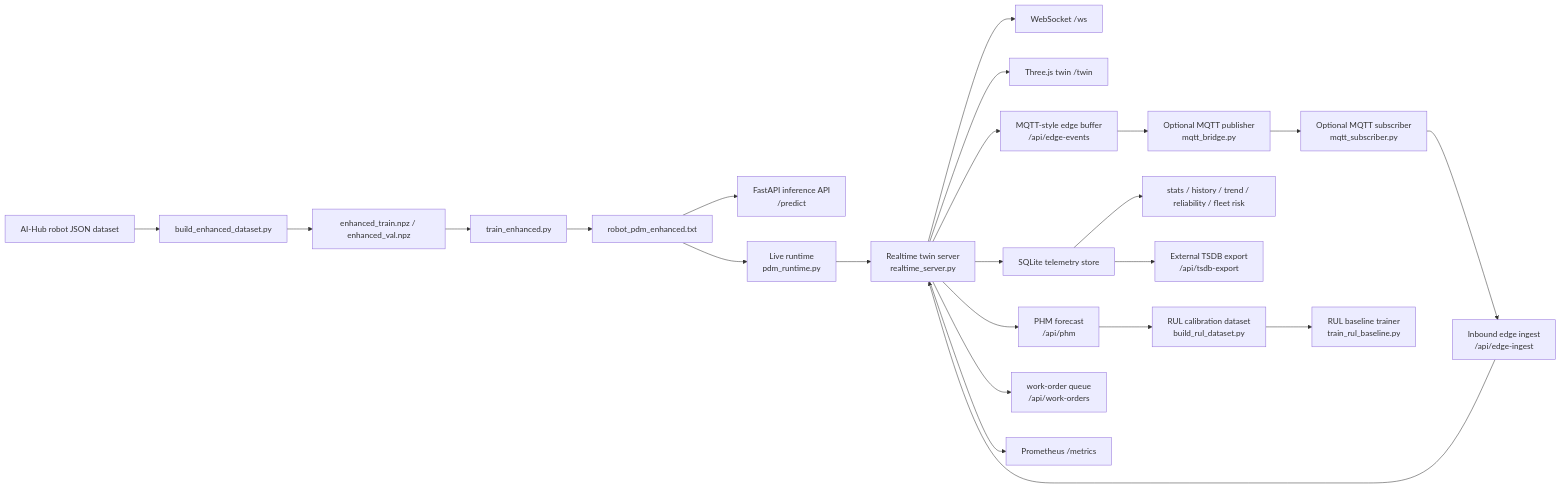
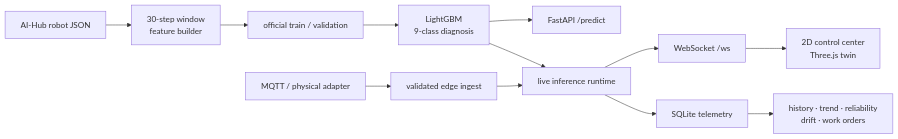
The diagram in README.md (JuHyeon-Nam/ServiceRobot_AI), drawn with Mermaid before and after one commit. The commit also changed other lines of this file, not shown here.

Commit message:
docs: document verified PHM project scope

````diff
--- a/README.md
+++ b/README.md
@@ -77,25 +57,14 @@
 ```mermaid
 flowchart LR
-    raw["AI-Hub robot JSON dataset"] --> build["build_enhanced_dataset.py"]
-    build --> trainset["enhanced_train.npz / enhanced_val.npz"]
-    trainset --> train["train_enhanced.py"]
-    train --> model["robot_pdm_enhanced.txt"]
-    model --> api["FastAPI inference API<br/>/predict"]
-    model --> runtime["Live runtime<br/>pdm_runtime.py"]
-    runtime --> twin["Realtime twin server<br/>realtime_server.py"]
-    twin --> ws["WebSocket /ws"]
-    twin --> ui["Three.js twin /twin"]
-    twin --> edge["MQTT-style edge buffer<br/>/api/edge-events"]
-    edge --> broker["Optional MQTT publisher<br/>mqtt_bridge.py"]
-    broker --> sub["Optional MQTT subscriber<br/>mqtt_subscriber.py"]
-    sub --> ingest["Inbound edge ingest<br/>/api/edge-ingest"]
-    ingest --> twin
-    twin --> store["SQLite telemetry store"]
-    store --> ops["stats / history / trend / reliability / fleet risk"]
-    store --> tsdb["External TSDB export<br/>/api/tsdb-export"]
-    twin --> phm["PHM forecast<br/>/api/phm"]
-    phm --> rul["RUL calibration dataset<br/>build_rul_dataset.py"]
-    rul --> rulmodel["RUL baseline trainer<br/>train_rul_baseline.py"]
-    twin --> work["work-order queue<br/>/api/work-orders"]
-    twin --> metrics["Prometheus /metrics"]
+    raw["AI-Hub robot JSON"] --> build["30-step window<br/>feature builder"]
+    build --> split["official train / validation"]
+    split --> model["LightGBM<br/>9-class diagnosis"]
+    model --> api["FastAPI /predict"]
+    model --> runtime["live inference runtime"]
+    runtime --> ws["WebSocket /ws"]
+    ws --> ui["2D control center<br/>Three.js twin"]
+    runtime --> store["SQLite telemetry"]
+    store --> ops["history · trend · reliability<br/>drift · work orders"]
+    edge["MQTT / physical adapter"] --> ingest["validated edge ingest"]
+    ingest --> runtime
 ```
````
